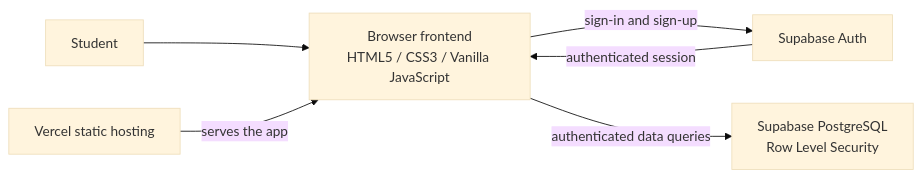
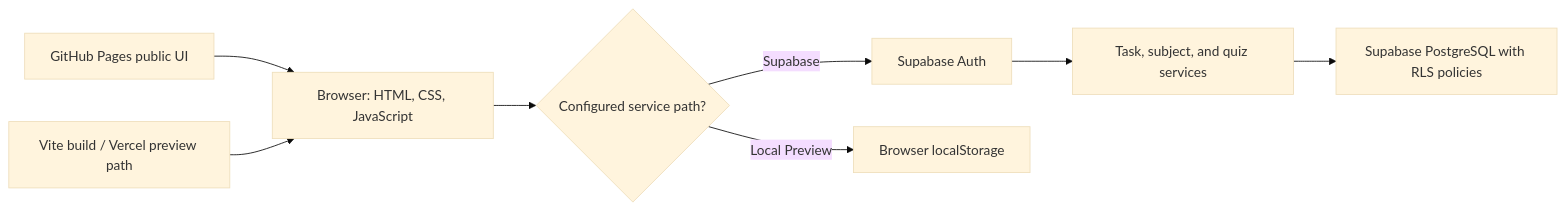
The second of 2 diagrams in README.md (CapstoneDesign-Fall2026-UlsanCollege/Team-5-Capstone-Design), drawn with Mermaid (base theme) before and after one commit. The commit also changed other lines of this file, not shown here.

````diff
--- a/README.md
+++ b/README.md
@@ -105,8 +45,10 @@
 ```mermaid
 flowchart LR
-    Student[Student] --> Browser[Browser frontend<br/>HTML5 / CSS3 / Vanilla JavaScript]
-    Vercel[Vercel static hosting] -->|serves the app| Browser
-    Browser -->|sign-in and sign-up| Auth[Supabase Auth]
-    Auth -->|authenticated session| Browser
-    Browser -->|authenticated data queries| Database[Supabase PostgreSQL<br/>Row Level Security]
+    H[GitHub Pages public UI] --> B[Browser: HTML, CSS, JavaScript]
+    V[Vite build / Vercel preview path] --> B
+    B --> S{Configured service path?}
+    S -->|Supabase| A[Supabase Auth]
+    S -->|Local Preview| L[Browser localStorage]
+    A --> T[Task, subject, and quiz services]
+    T --> D[Supabase PostgreSQL with RLS policies]
 ```
````
